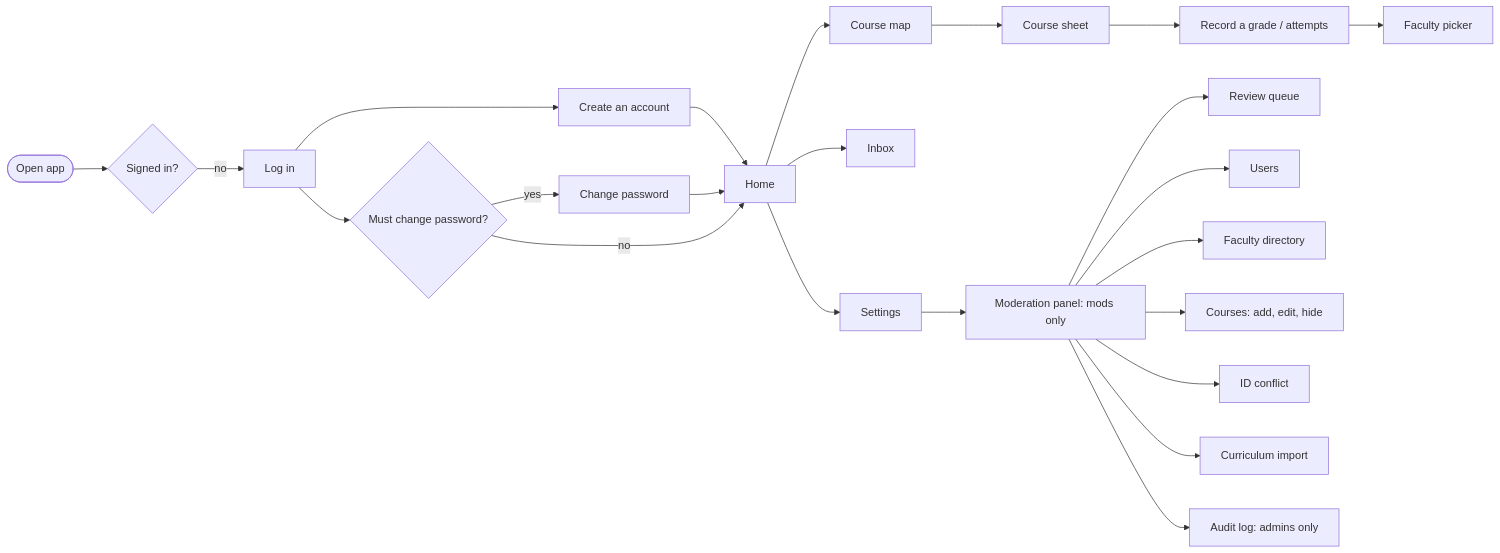
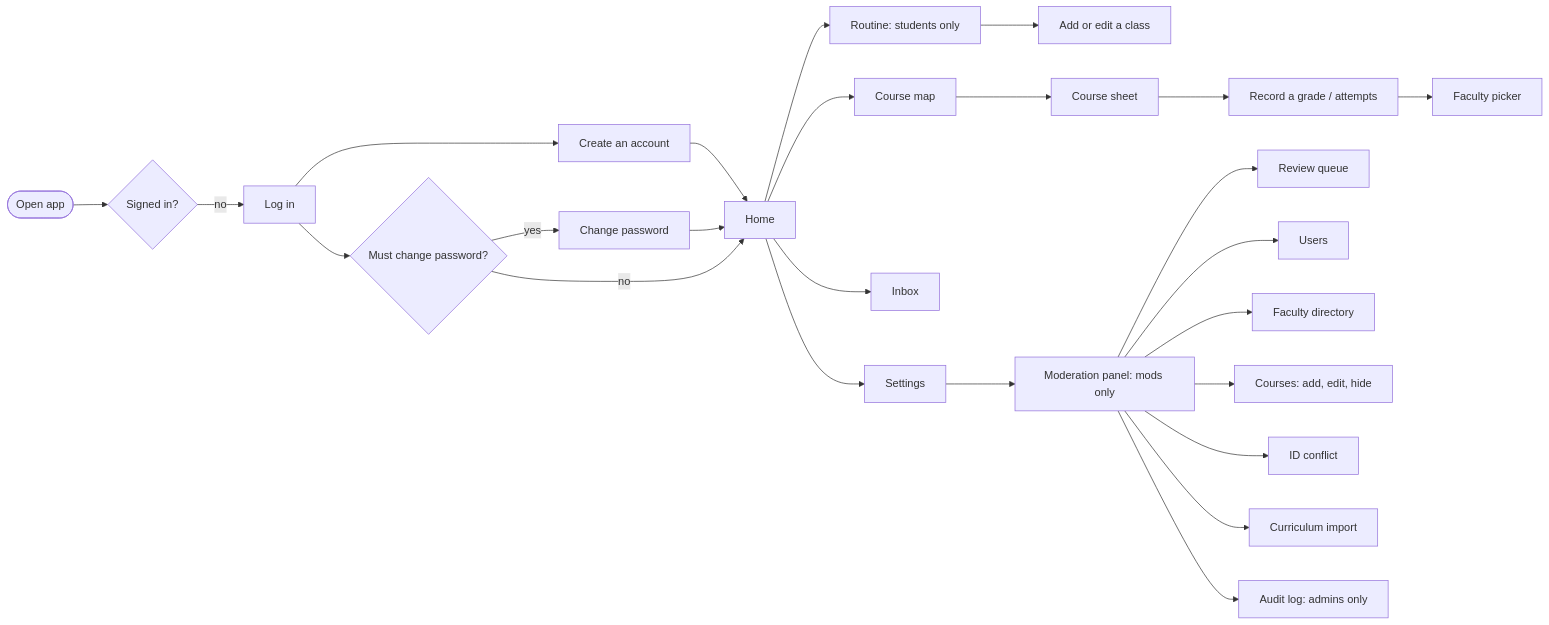
Before and after one commit to shithil17/UniLink: the diagram in docs/screens.md, drawn with Mermaid. The commit also changed other lines of this file and 7 other files, not shown here.

````diff
--- a/docs/screens.md
+++ b/docs/screens.md
@@ -14,25 +14,27 @@
 ```mermaid
 flowchart LR
   Start([Open app]) --> S{Signed in?}
   S -- no --> Login[Log in]
   Login --> Signup[Create an account]
   Signup --> Home
   Login --> P{Must change password?}
   P -- yes --> Change[Change password]
   Change --> Home
   P -- no --> Home[Home]
   Home --> Courses[Course map]
+  Home --> Routine[Routine: students only]
+  Routine --> ClassSheet[Add or edit a class]
   Home --> Inbox[Inbox]
   Home --> Settings[Settings]
   Courses --> Sheet[Course sheet]
   Sheet --> Attempt[Record a grade / attempts]
   Attempt --> Picker[Faculty picker]
   Settings --> Mod[Moderation panel: mods only]
   Mod --> Queue[Review queue]
   Mod --> Users[Users]
   Mod --> Faculty[Faculty directory]
   Mod --> CourseAdmin[Courses: add, edit, hide]
   Mod --> Conflict[ID conflict]
   Mod --> Import[Curriculum import]
   Mod --> Audit[Audit log: admins only]
 ```
````
